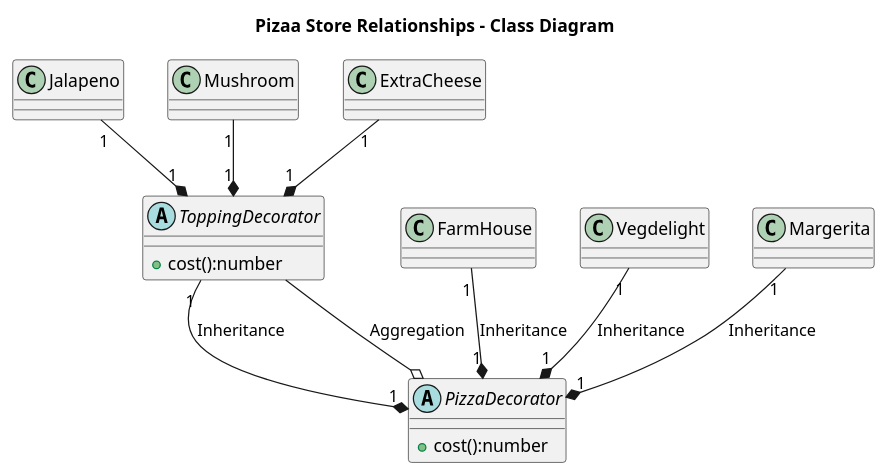
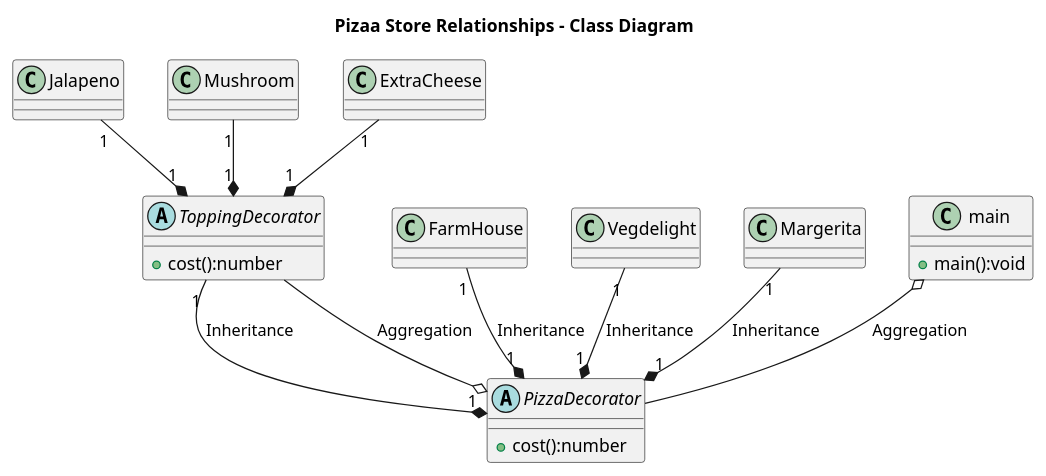
Before and after one commit to DhruvShahM/Javascript_Design_Patterns: the diagram in 4-Decorator_Design_Pattern(Pizza_Store)/PizzaStoreDeign.puml, drawn with PlantUML.

Commit message:
Pizza store design pattern has been changed

```diff
--- a/4-Decorator_Design_Pattern(Pizza_Store)/PizzaStoreDeign.puml
+++ b/4-Decorator_Design_Pattern(Pizza_Store)/PizzaStoreDeign.puml
@@ -1,31 +1,36 @@
 @startuml
 
 title Pizaa Store Relationships - Class Diagram
 
+
+class main{
+  +main():void
+}
 
 abstract class PizzaDecorator {
   +cost():number
 }
 
 abstract class ToppingDecorator {
   +cost():number
 }
 
 class Margerita
 class Vegdelight
 class FarmHouse
 class ExtraCheese
 class Mushroom
 Class Jalapeno
 
 
+main o-- PizzaDecorator:Aggregation
 PizzaDecorator "1" *-up- "1" Margerita: Inheritance
 PizzaDecorator "1" *-up- "1" Vegdelight: Inheritance
 PizzaDecorator "1" *-up- "1" FarmHouse: Inheritance
 PizzaDecorator "1" *-up- "1" ToppingDecorator: Inheritance
 PizzaDecorator o-- ToppingDecorator:Aggregation
 ToppingDecorator "1" *-up- "1" ExtraCheese
 ToppingDecorator "1" *-up- "1" Mushroom
 ToppingDecorator "1" *-up- "1" Jalapeno
 
 @enduml
```
